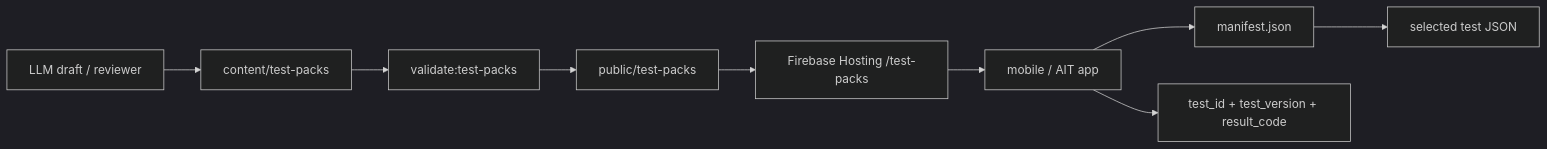
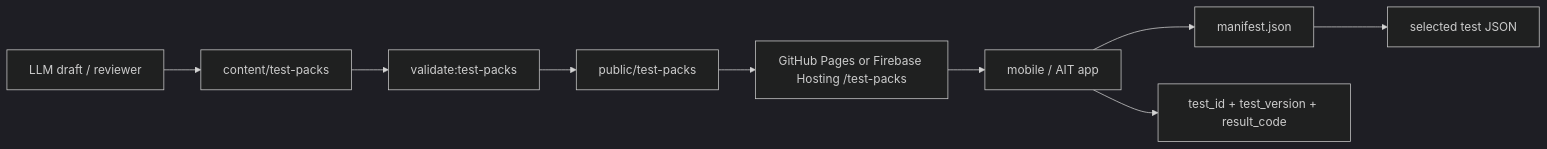
One commit to seorilabs/trait-test-hub changed the diagram in docs/test-packs.md. Above: the diagram before and after it, drawn with Mermaid (dark theme). The commit also changed other lines of this file and 4 other files, not shown here.

````diff
--- a/docs/test-packs.md
+++ b/docs/test-packs.md
@@ -68,11 +77,11 @@
 ```mermaid
 flowchart LR
   Draft["LLM draft / reviewer"] --> Source["content/test-packs"]
   Source --> Validate["validate:test-packs"]
   Validate --> Public["public/test-packs"]
-  Public --> Hosting["Firebase Hosting /test-packs"]
+  Public --> Hosting["GitHub Pages or Firebase Hosting /test-packs"]
   Hosting --> App["mobile / AIT app"]
   App --> Manifest["manifest.json"]
   Manifest --> Payload["selected test JSON"]
   App --> Stats["test_id + test_version + result_code"]
 ```
````
